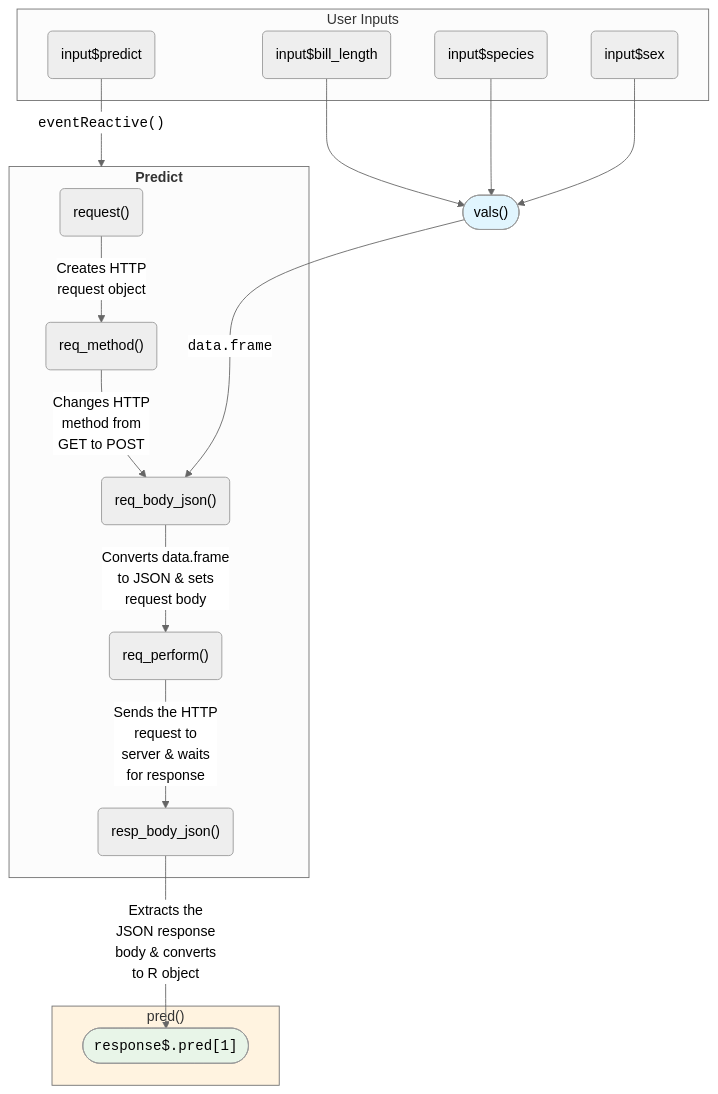
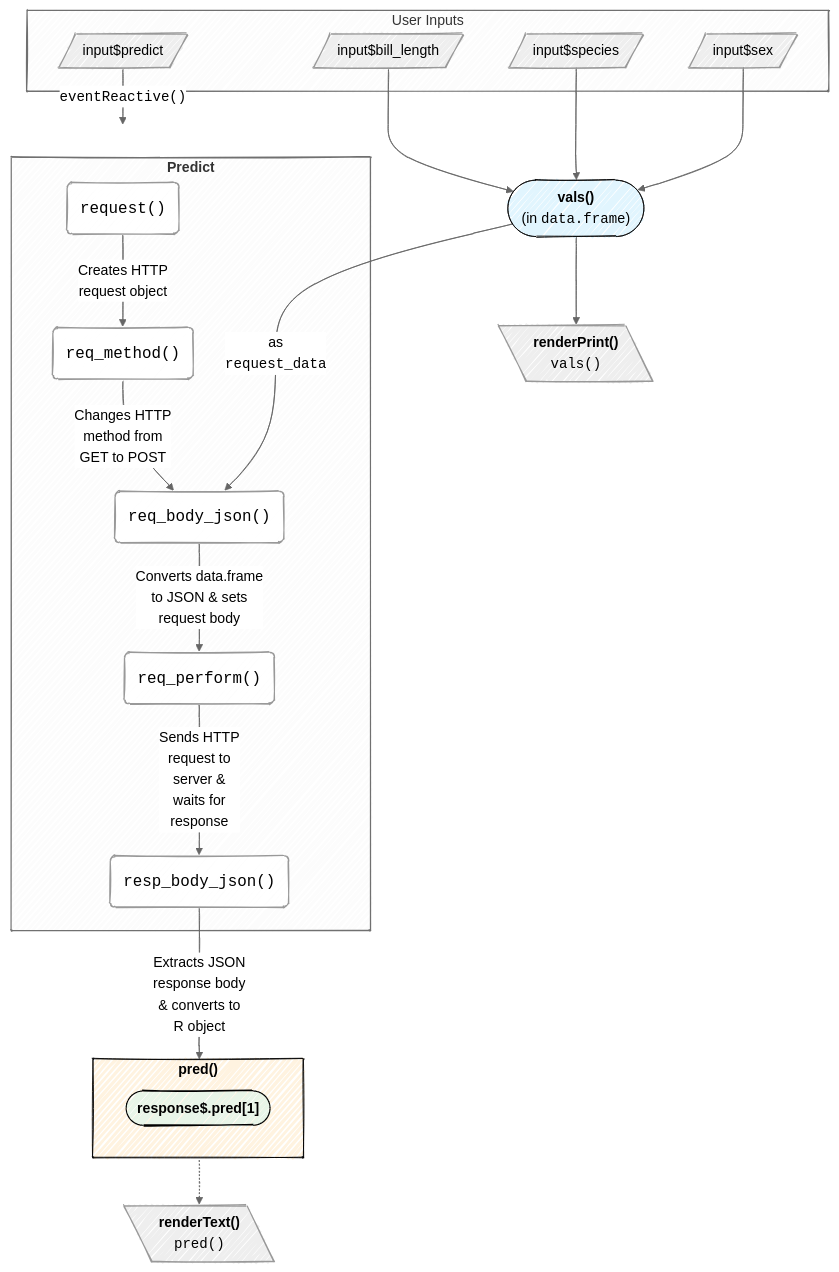
Before and after one commit to mjfrigaard/do4ds-labs: the first of 2 diagrams in r-app-api.qmd, drawn with Mermaid. The commit also changed other lines of this file and 21 other files, not shown here.

````diff
--- a/r-app-api.qmd
+++ b/r-app-api.qmd
@@ -202,40 +267,52 @@
 ```{mermaid}
 %%| fig-cap: 'Input Dependencies'
 %%| fig-align: center
-%%{init: {'theme': 'neutral', 'themeVariables': { 'fontFamily': 'monospace', "fontSize":"16px"}}}%%
+%%{init: {'theme': 'neutral', 'look': 'handDrawn', 'themeVariables': { 'fontFamily': 'monospace', "fontSize":"16px"}}}%%
 graph TD
     subgraph Inputs["User Inputs"]
-    I1("input$bill_length")
-    I2("input$species")
-    I3("input$sex")
-    I4("input$predict")
+    I1[/"input$bill_length"/]
+    I2[/"input$species"/]
+    I3[/"input$sex"/]
+    I4[/"input$predict"/]
     end
 
     subgraph Pred["<strong>Predict</strong>"]
-        Req("request()") --"Creates HTTP<br>request object"--> Meth("req_method()")
-        Meth --"Changes HTTP<br>method from<br>GET to POST"--> BodyJson1("req_body_json()")
-        BodyJson1 --"Converts data.frame<br>to JSON & sets<br>request body"--> Perform("req_perform()")
-        Perform --"Sends the HTTP<br>request to<br>server & waits<br>for response"--> BodyJson2("resp_body_json()")
+        Req("<code>request()</code>") --"Creates HTTP<br>request object"--> Meth("<code>req_method()</code>")
+        Meth --"Changes HTTP<br>method from<br>GET to POST"--> BodyJson1("<code>req_body_json()</code>")
+        BodyJson1 --"Converts data.frame<br>to JSON & sets<br>request body"--> Perform("<code>req_perform()</code>")
+        Perform --"Sends HTTP<br>request to<br>server &<br>waits for<br>response"--> BodyJson2("<code>resp_body_json()</code>")
+    end
+
+    subgraph PredReact["<strong>pred()</strong>"]
+        Res(["<strong>response$.pred[1]</strong>"])
     end
     
+    ValsReact(["<strong>vals()</strong><br>(in <code>data.frame</code>)"])
+    BodyJson2 --"Extracts JSON<br>response body<br>& converts to<br>R object"--> PredReact
     
-
-    subgraph PredReact["pred()"]
-        Res(["<code>response$.pred[1]</code>"])
-    end
-    
-    ValsReact(["vals()"])
     I1 --> ValsReact
     I2 --> ValsReact
     I3 --> ValsReact
     I4 --"<code>eventReactive()</code>"--> Pred
     
-    ValsReact --"<code>data.frame</code>"--> BodyJson1
+    ValsReact --"as<br><code>request_data</code>"--> BodyJson1
+    ValsReact --> RenPrnt[\"<strong>renderPrint()</strong><br><code>vals()</code>"\]
+    PredReact -.-> RenTxt[\"<strong>renderText()</strong><br><code>pred()</code>"\]
 
-    BodyJson2 --"Extracts the<br>JSON response<br>body & converts<br>to R object"--> Res
+    %% Style for functions %%
+    style Req fill:#FFF,color:#000,rx:20,ry:20,font-size:18px
+    style Meth fill:#FFF,color:#000,rx:20,ry:20,font-size:18px
+    style BodyJson1 fill:#FFF,color:#000,rx:20,ry:20,font-size:18px
+    style Perform fill:#FFF,color:#000,rx:20,ry:20,font-size:18px
+    style BodyJson2 fill:#FFF,color:#000,rx:20,ry:20,font-size:18px
     
-    style ValsReact fill:#e1f5fe
-    style PredReact fill:#fff3e0
-    style Res fill:#e8f5e8
-    %% style Req fill:#f3e5f5
+    %% Style for reactives %%
+    style ValsReact fill:#e1f5fe,stroke:#000,color:#000,stroke-width:1px,rx:10,ry:10,font-size:16px
+    style PredReact fill:#fff3e0,stroke:#000,color:#000,stroke-width:1px,rx:10,ry:10,font-size:16px
+    
+    %% Style for result %%
+    style Res fill:#e8f5e8,stroke:#000,color:#000
+    
+    %% style ModMeta fill:#FFF,stroke:#ffcc5c,color:#000,stroke-width:3px,rx:10,ry:10,font-size:16px
+    %% style Dep fill:#FFF,stroke:#ffcc5c,color:#000,stroke-width:3px,rx:10,ry:10,font-size:16px
 ```
````
